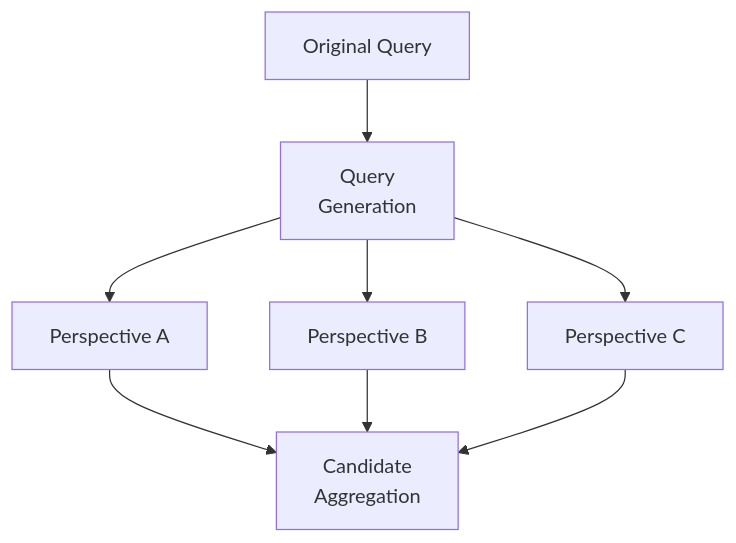
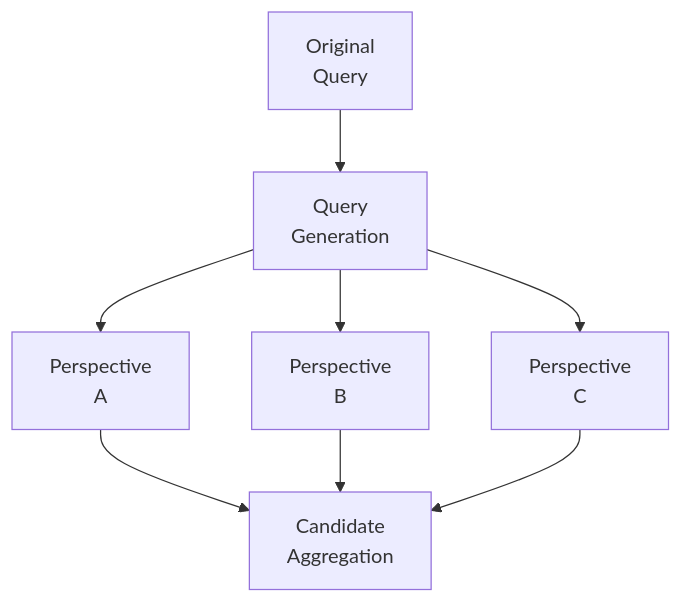
Before and after one commit to MihirKJha/enterprise-ai-blog: the second of 6 diagrams in docs/architecture-insights/genai-and-rag/2.3-engineering-query-transformation-pipelines-for-enterprise-retrieval.md, drawn with Mermaid. The commit also changed other lines of this file, not shown here.

````diff
--- a/docs/architecture-insights/genai-and-rag/2.3-engineering-query-transformation-pipelines-for-enterprise-retrieval.md
+++ b/docs/architecture-insights/genai-and-rag/2.3-engineering-query-transformation-pipelines-for-enterprise-retrieval.md
@@ -181,18 +181,18 @@
 ```mermaid
 graph TD
-    A[Original Query]
+    A[Original<br/>Query]
     B[Query<br/>Generation]
-    C[Perspective A]
-    D[Perspective B]
-    E[Perspective C]
+    C[Perspective<br/>A]
+    D[Perspective<br/>B]
+    E[Perspective<br/>C]
     F[Candidate<br/>Aggregation]
 
     A --> B
     B --> C
     B --> D
     B --> E
 
     C --> F
     D --> F
     E --> F
 ```
````
